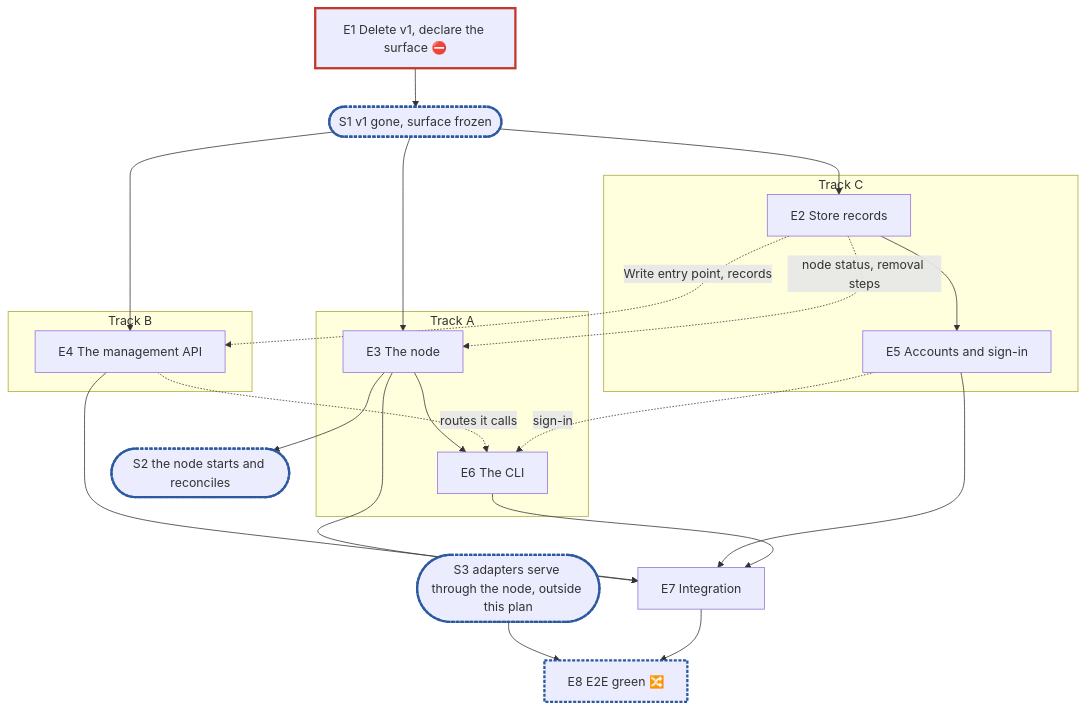
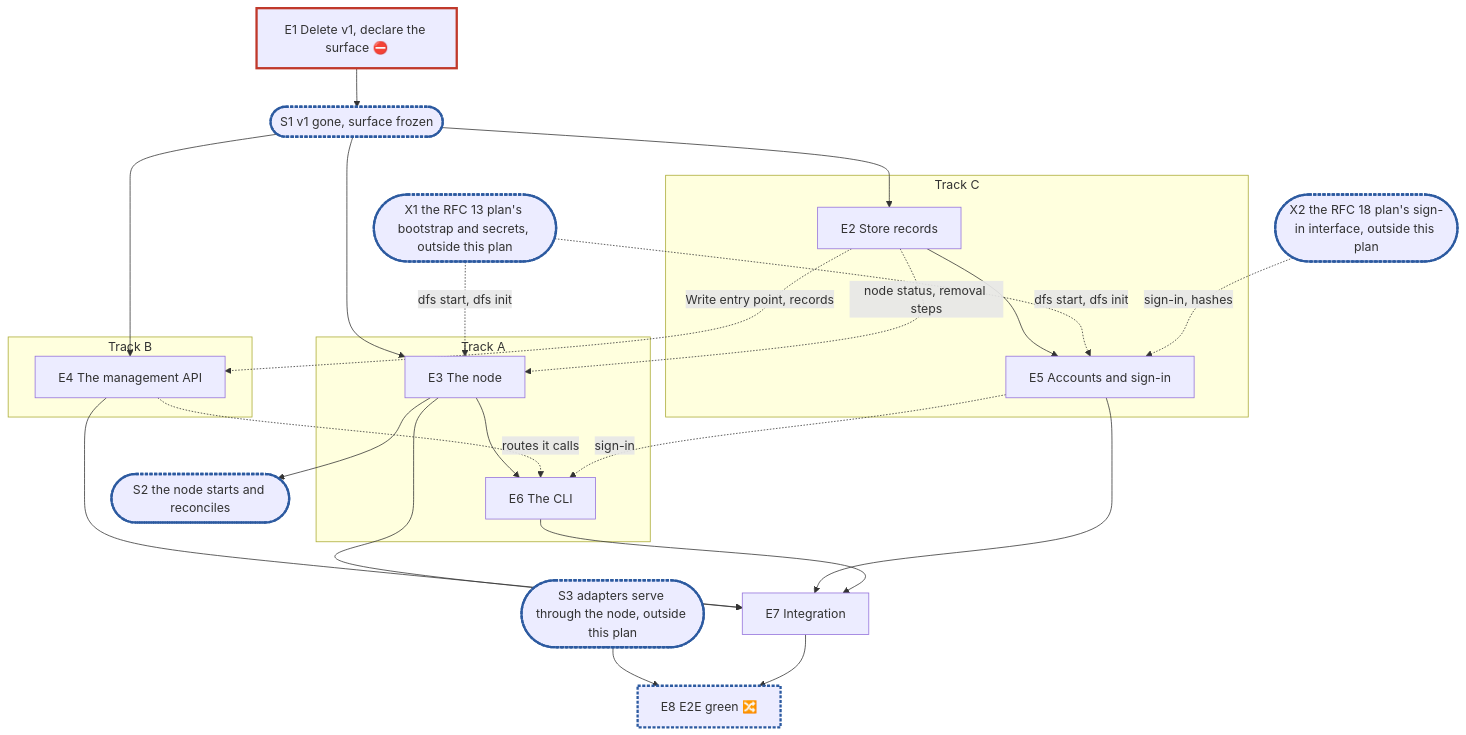
Before and after one commit to cubbit/dittofs: the diagram in docs/internals/planning/rfc-23-control-plane-plan.md, drawn with Mermaid. The commit also changed other lines of this file and 5 other files, not shown here.

Commit message:
docs(planning): address the third review of the RFC 23 plan

````diff
--- a/docs/internals/planning/rfc-23-control-plane-plan.md
+++ b/docs/internals/planning/rfc-23-control-plane-plan.md
@@ -341,24 +355,26 @@
 ```mermaid
 flowchart TD
   E1["E1 Delete v1, declare the surface ⛔"]:::blocker --> S1(["S1 v1 gone, surface frozen"]):::sync
   subgraph A["Track A"]
     E3["E3 The node"] --> E6["E6 The CLI"]
   end
   subgraph B["Track B"]
     E4["E4 The management API"]
   end
   subgraph C["Track C"]
     E2["E2 Store records"] --> E5["E5 Accounts and sign-in"]
   end
   S1 --> E2 & E3 & E4
   E2 -. "Write entry point, records" .-> E4
   E2 -. "node status, removal steps" .-> E3
   E3 --> S2(["S2 the node starts and reconciles"]):::sync
   E4 -. "routes it calls" .-> E6
   E5 -. "sign-in" .-> E6
   E3 & E4 & E5 & E6 --> E7["E7 Integration"]
+  X1(["X1 the RFC 13 plan's bootstrap and secrets, outside this plan"]):::sync -. "dfs start, dfs init" .-> E3 & E5
+  X2(["X2 the RFC 18 plan's sign-in interface, outside this plan"]):::sync -. "sign-in, hashes" .-> E5
   S3(["S3 adapters serve through the node, outside this plan"]):::sync --> E8["E8 E2E green 🔀"]:::sync
   E7 --> E8
   classDef blocker stroke:#c0392b,stroke-width:3px
   classDef sync stroke:#2c5aa0,stroke-width:3px,stroke-dasharray:4 2
 ```
````
